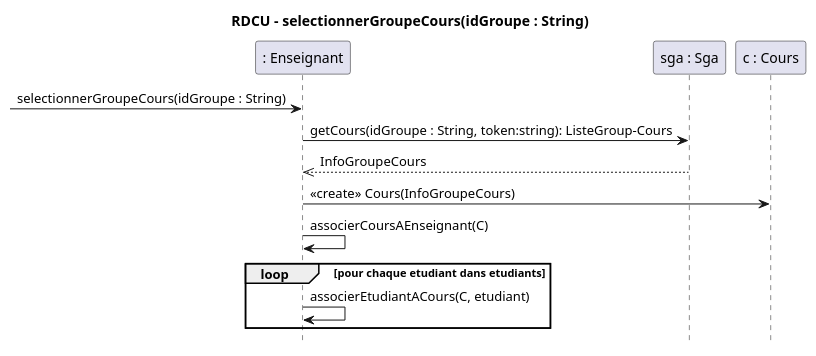
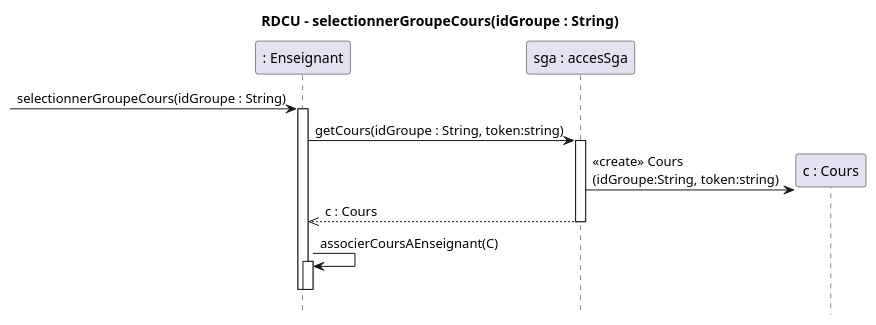
The diagram in docs/modeles/cu01/rdcu-sélectionnerGroupeCours.puml (xMrYahya/moodle-clone), drawn with PlantUML before and after one commit. The commit also changed 18 other files, not shown here.

Commit message:
modification des diagrammes

```diff
--- a/docs/modeles/cu01/rdcu-sélectionnerGroupeCours.puml
+++ b/docs/modeles/cu01/rdcu-sélectionnerGroupeCours.puml
@@ -1,22 +1,24 @@
 @startuml
 hide footbox
 title RDCU - selectionnerGroupeCours(idGroupe : String)
 
 participant ": Enseignant" as E
-participant "sga : Sga" as S
+participant "sga : accesSga" as S
 participant "c : Cours" as C
 
 -> E : selectionnerGroupeCours(idGroupe : String)
+activate E
 
-E -> S : getCours(idGroupe : String, token:string): ListeGroup-Cours
-S -->> E : InfoGroupeCours
+E -> S : getCours(idGroupe : String, token:string)
+activate S
+S -> C ** : <<create>> Cours\n(idGroupe:String, token:string)
 
-E -> C : <<create>> Cours(InfoGroupeCours)
+
+S -->> E : c : Cours
+deactivate S
 
 E -> E : associerCoursAEnseignant(C)
-
-loop pour chaque etudiant dans etudiants
-  E -> E : associerEtudiantACours(C, etudiant)
-end
-
+activate E
+deactivate E
+deactivate E
 @enduml
```
